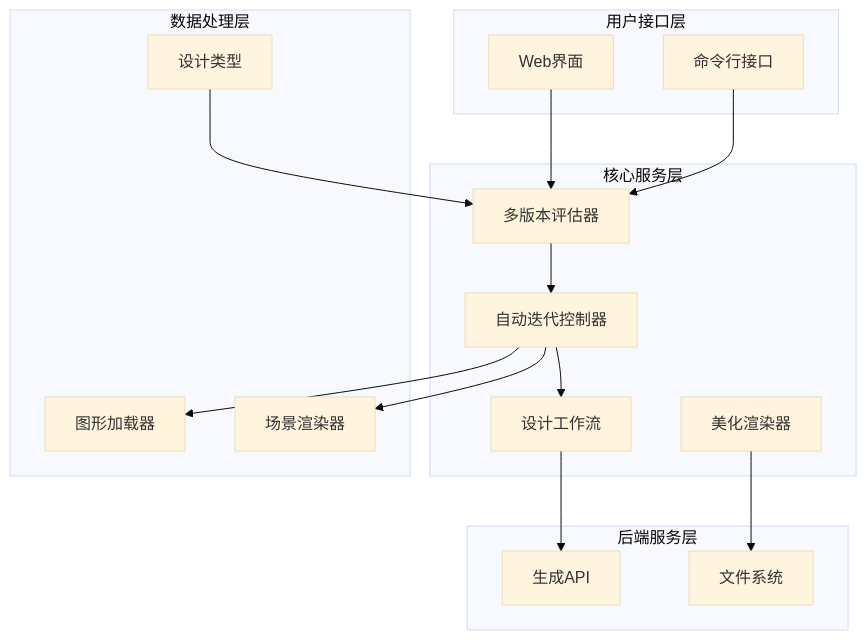
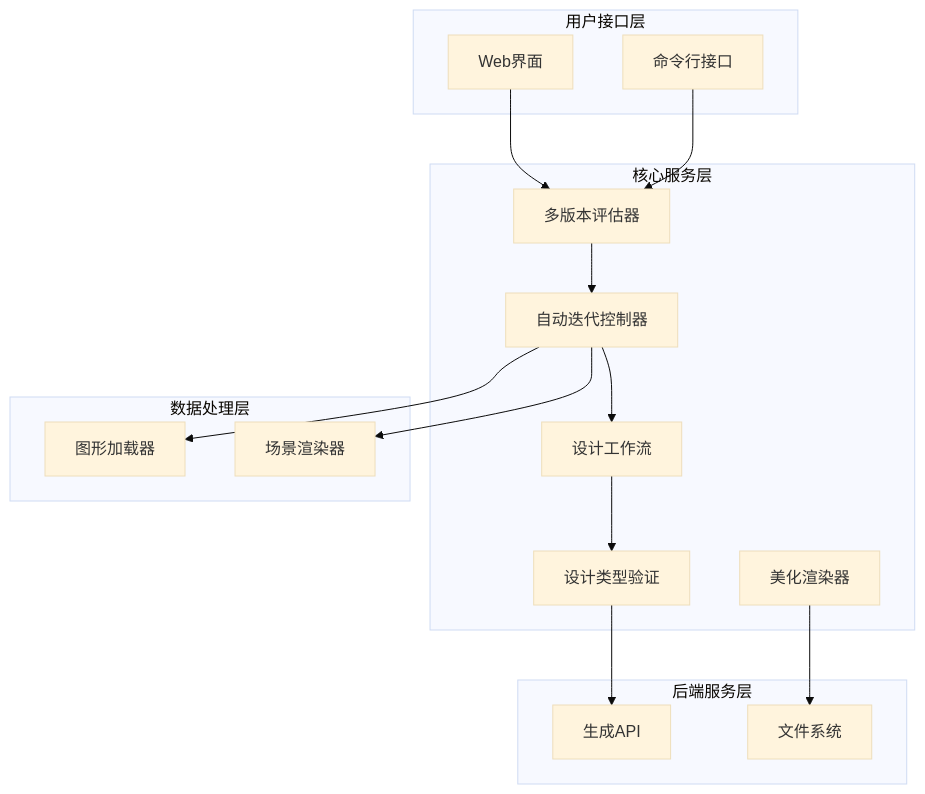
The first of 6 diagrams in .qoder/repowiki/zh/content/里程碑管道/自动场景生成流水线/多版本自动评估系统.md (wsqstar/RoadGen3D), drawn with Mermaid (base theme) before and after one commit. The commit also changed other lines of this file and 12 other files, not shown here.

````diff
--- a/.qoder/repowiki/zh/content/里程碑管道/自动场景生成流水线/多版本自动评估系统.md
+++ b/.qoder/repowiki/zh/content/里程碑管道/自动场景生成流水线/多版本自动评估系统.md
@@ -41,31 +51,31 @@
 ```mermaid
 graph TB
 subgraph "用户接口层"
 UI[Web界面]
 CLI[命令行接口]
 end
 subgraph "核心服务层"
 AE[多版本评估器]
 AC[自动迭代控制器]
 DR[设计工作流]
 BR[美化渲染器]
+DT[设计类型验证]
 end
 subgraph "数据处理层"
 GL[图形加载器]
 SR[场景渲染器]
-DT[设计类型]
 end
 subgraph "后端服务层"
 API[生成API]
 FS[文件系统]
 end
 UI --> AE
 CLI --> AE
 AE --> AC
 AC --> DR
 AC --> GL
 AC --> SR
-DR --> API
+DR --> DT
+DT --> API
 BR --> FS
-DT --> AE
 ```
````
